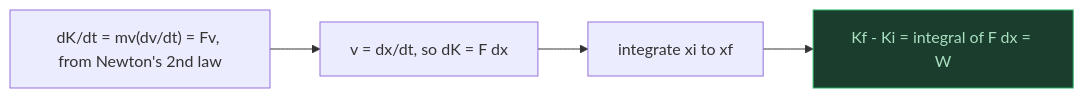
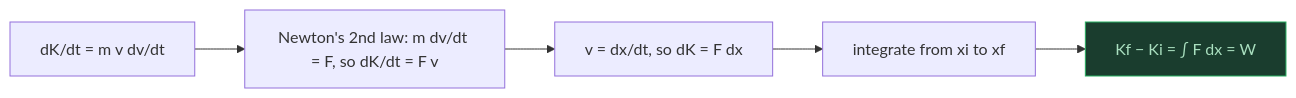
Before and after one commit to fsr-science/NCERT-Science: the fourth of 9 diagrams in AI-NOTES/PHYSICS/PHYSICS05-WORK_ENERGY_AND_POWER/PHYSICS05-WORK_ENERGY_AND_POWER-NOTES.md, drawn with Mermaid. The commit also changed other lines of this file, not shown here.

````diff
--- a/AI-NOTES/PHYSICS/PHYSICS05-WORK_ENERGY_AND_POWER/PHYSICS05-WORK_ENERGY_AND_POWER-NOTES.md
+++ b/AI-NOTES/PHYSICS/PHYSICS05-WORK_ENERGY_AND_POWER/PHYSICS05-WORK_ENERGY_AND_POWER-NOTES.md
@@ -163,8 +913,9 @@
 ```mermaid
 flowchart LR
-    A["dK/dt = mv(dv/dt) = Fv, from Newton's 2nd law"] --> B["v = dx/dt, so dK = F dx"]
-    B --> C["integrate xi to xf"]
-    C --> D["Kf - Ki = integral of F dx = W"]
+    A["dK/dt = m v dv/dt"] --> B["Newton's 2nd law: m dv/dt = F, so dK/dt = F v"]
+    B --> C["v = dx/dt, so dK = F dx"]
+    C --> D["integrate from xi to xf"]
+    D --> E["Kf − Ki = ∫ F dx = W"]
 
-    style D fill:#1a3d2e,color:#a9dfbf,stroke:#27ae60
+    style E fill:#1a3d2e,color:#a9dfbf,stroke:#27ae60
 ```
````
